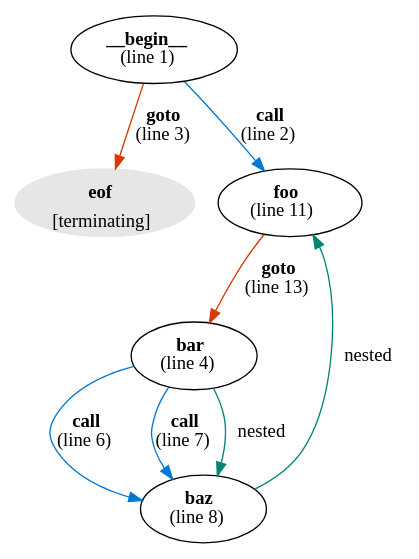
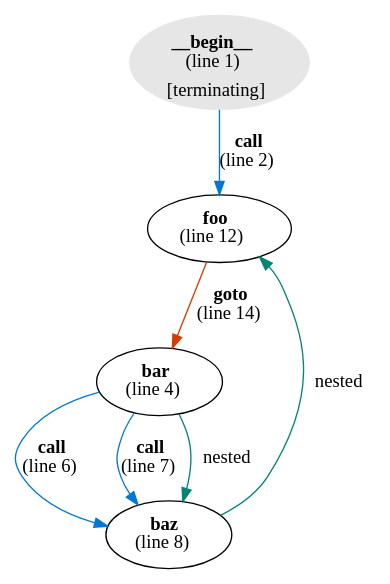
One commit to microsoft/cmd-call-graph changed the diagram in examples/example1.dot. Above: the diagram before and after it, drawn with Graphviz. The commit also changed 8 other files, not shown here.

```diff
--- a/examples/example1.dot
+++ b/examples/example1.dot
@@ -1,14 +1,12 @@
 digraph g {
-"__begin__" [label=<<b>__begin__</b><br/>(line 1)>]
-"__begin__" -> "eof" [label=<<b>goto</b><br />(line 3)>,color="#d83b01"]
+"__begin__" [color="#e6e6e6",style=filled,label=<<b>__begin__</b><br/>(line 1)<br/><sub>[terminating]</sub>>]
 "__begin__" -> "foo" [label=<<b>call</b><br />(line 2)>,color="#0078d4"]
 "bar" [label=<<b>bar</b><br/>(line 4)>]
 "bar" -> "baz" [label=<<b>call</b><br />(line 6)>,color="#0078d4"]
 "bar" -> "baz" [label=<<b>call</b><br />(line 7)>,color="#0078d4"]
 "bar" -> "baz" [label=" nested",color="#008575"]
 "baz" [label=<<b>baz</b><br/>(line 8)>]
 "baz" -> "foo" [label=" nested",color="#008575"]
-"eof" [color="#e6e6e6",style=filled,label=<<b>eof</b><br/><sub>[terminating]</sub>>]
-"foo" [label=<<b>foo</b><br/>(line 11)>]
-"foo" -> "bar" [label=<<b>goto</b><br />(line 13)>,color="#d83b01"]
+"foo" [label=<<b>foo</b><br/>(line 12)>]
+"foo" -> "bar" [label=<<b>goto</b><br />(line 14)>,color="#d83b01"]
 }
```
